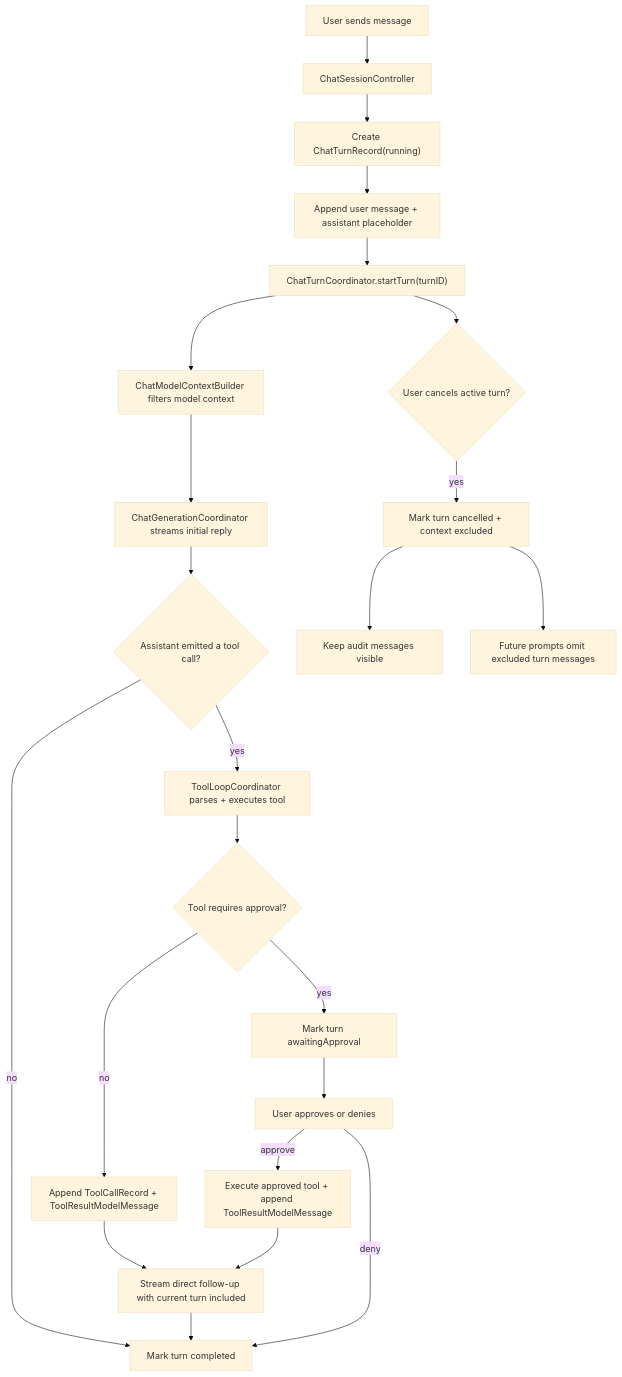
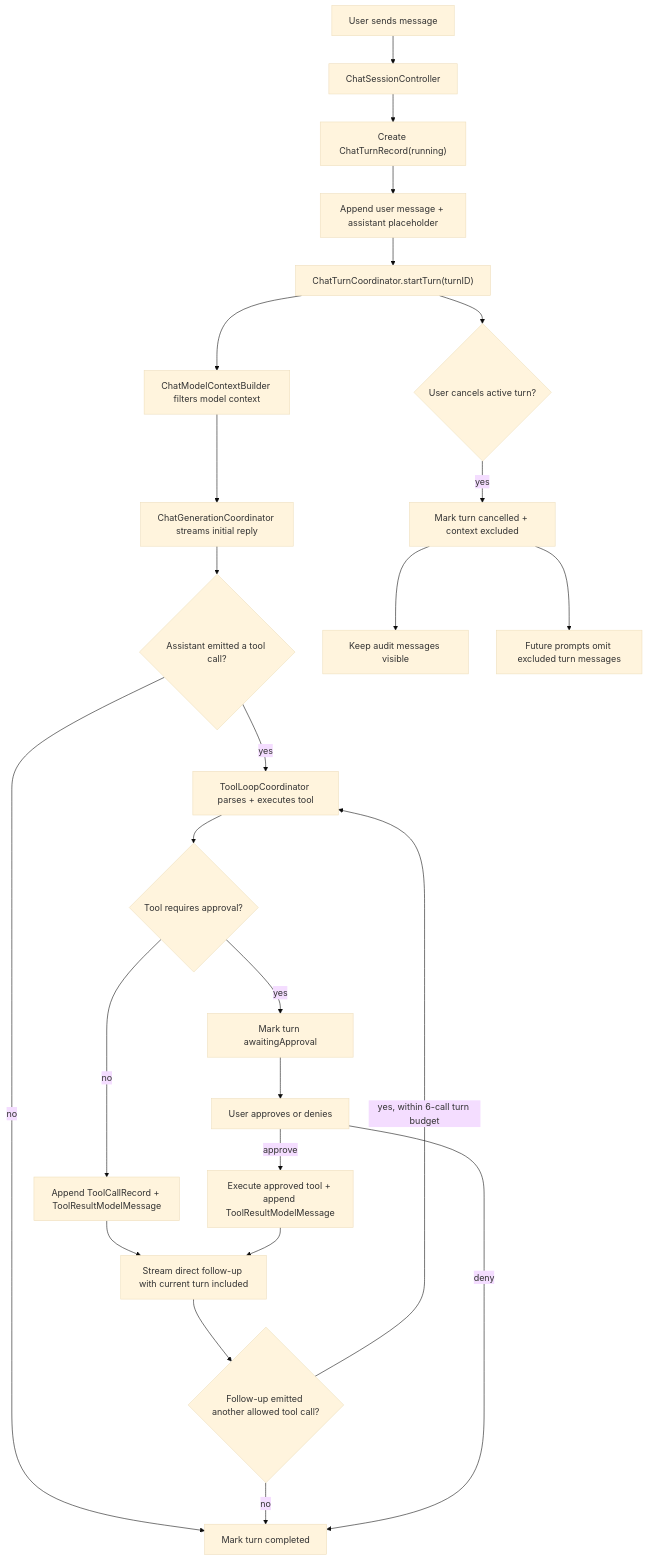
One commit to ngutech21/sumika-chat changed the diagram in docs/chat-runtime.md. Above: the diagram before and after it, drawn with Mermaid (base theme). The commit also changed other lines of this file and 18 other files, not shown here.

````diff
--- a/docs/chat-runtime.md
+++ b/docs/chat-runtime.md
@@ -10,25 +10,27 @@
 ```mermaid
 flowchart TD
   A["User sends message"] --> B["ChatSessionController"]
   B --> C["Create ChatTurnRecord(running)"]
   C --> D["Append user message + assistant placeholder"]
   D --> E["ChatTurnCoordinator.startTurn(turnID)"]
   E --> F["ChatModelContextBuilder filters model context"]
   F --> G["ChatGenerationCoordinator streams initial reply"]
   G --> H{"Assistant emitted a tool call?"}
   H -- "no" --> I["Mark turn completed"]
   H -- "yes" --> J["ToolLoopCoordinator parses + executes tool"]
   J --> K{"Tool requires approval?"}
   K -- "no" --> L["Append ToolCallRecord + ToolResultModelMessage"]
   L --> Q["Stream direct follow-up with current turn included"]
-  Q --> I
+  Q --> U{"Follow-up emitted another allowed tool call?"}
+  U -- "yes, within 6-call turn budget" --> J
+  U -- "no" --> I
   K -- "yes" --> R["Mark turn awaitingApproval"]
   R --> S["User approves or denies"]
   S -- "approve" --> T["Execute approved tool + append ToolResultModelMessage"]
   T --> Q
   S -- "deny" --> I
   E --> M{"User cancels active turn?"}
   M -- "yes" --> N["Mark turn cancelled + context excluded"]
   N --> O["Keep audit messages visible"]
   N --> P["Future prompts omit excluded turn messages"]
 ```
````
